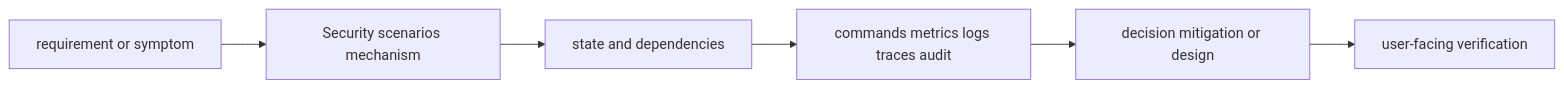
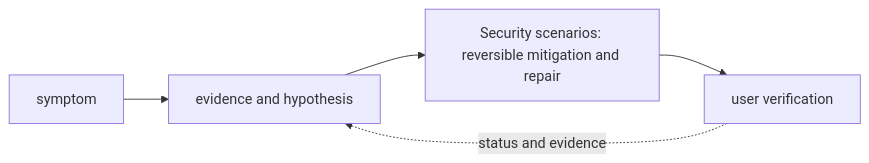
One commit to tomkidumbuyo/DevOps-interview-preparation changed the diagram in 13-scenarios/04-security-scenarios/README.md. Above: the diagram before and after it, drawn with Mermaid. The commit also changed other lines of this file and 753 other files, not shown here.

````diff
--- a/13-scenarios/04-security-scenarios/README.md
+++ b/13-scenarios/04-security-scenarios/README.md
@@ -21,8 +31,7 @@
 ```mermaid
 flowchart LR
-  R[requirement or symptom] --> M[Security scenarios mechanism]
-  M --> S[state and dependencies]
-  S --> O[commands metrics logs traces audit]
-  O --> D[decision mitigation or design]
-  D --> V[user-facing verification]
+  A["symptom"] --> B["evidence and hypothesis"]
+  B --> C["Security scenarios: reversible mitigation and repair"]
+  C --> D["user verification"]
+  D -. "status and evidence" .-> B
 ```
````
